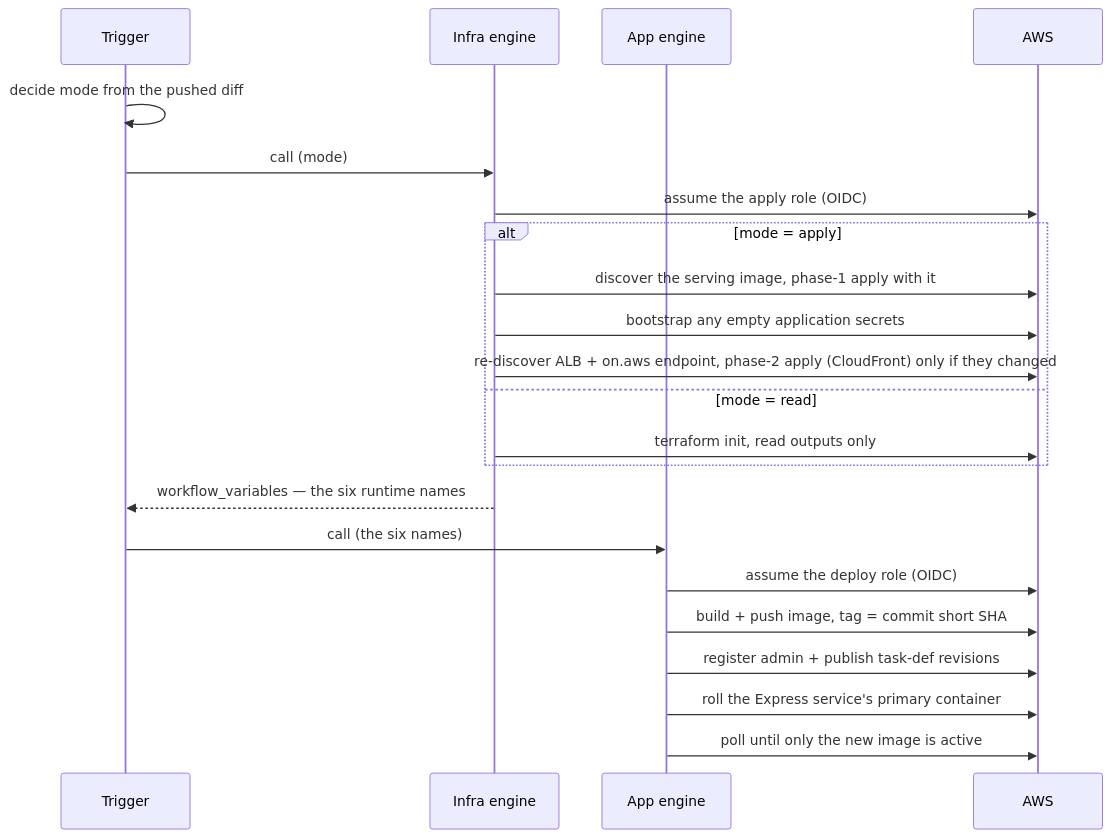
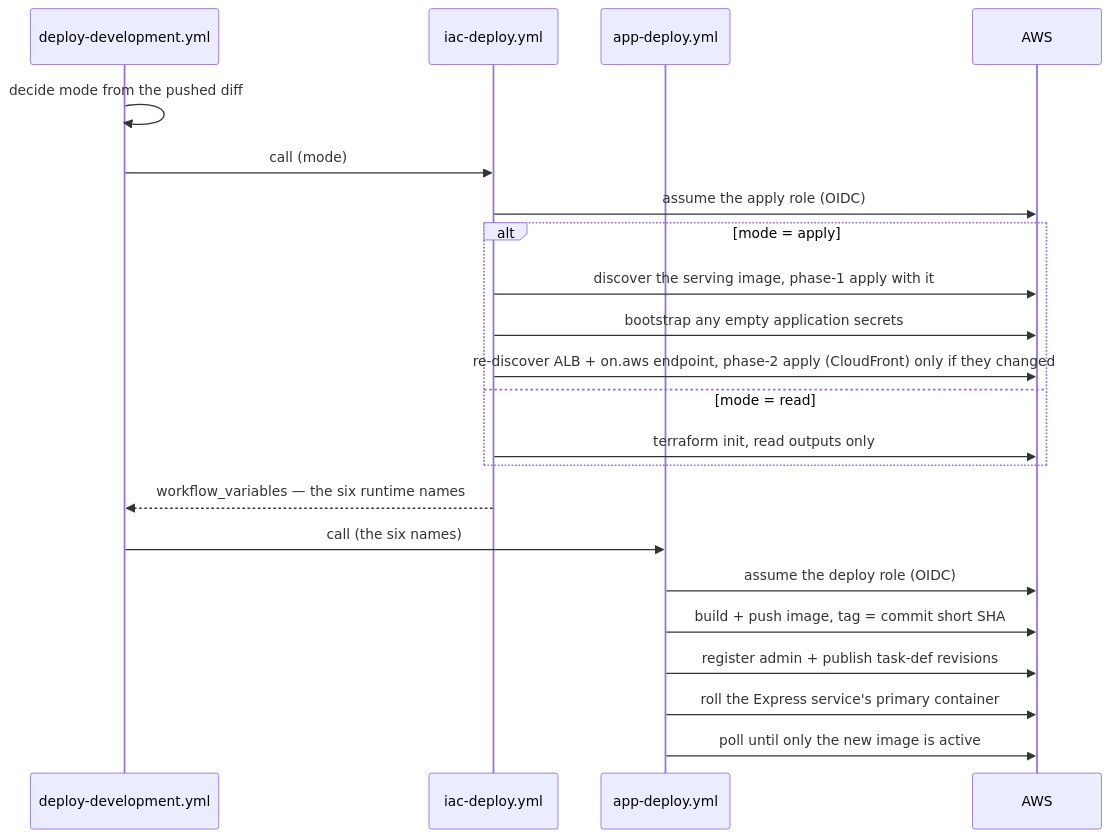
One commit to NASA-IMPACT/MMGIS changed the first of 2 diagrams in docs/infrastructure/pipelines.md. Above: the diagram before and after it, drawn with Mermaid. The commit also changed other lines of this file and 4 other files, not shown here.

````diff
--- a/docs/infrastructure/pipelines.md
+++ b/docs/infrastructure/pipelines.md
@@ -21,25 +39,25 @@
 ```mermaid
 sequenceDiagram
-    participant T as Trigger
-    participant I as Infra engine
-    participant A as App engine
+    participant T as deploy-development.yml
+    participant I as iac-deploy.yml
+    participant A as app-deploy.yml
     participant AWS as AWS
 
     T->>T: decide mode from the pushed diff
     T->>I: call (mode)
     I->>AWS: assume the apply role (OIDC)
     alt mode = apply
         I->>AWS: discover the serving image, phase-1 apply with it
         I->>AWS: bootstrap any empty application secrets
         I->>AWS: re-discover ALB + on.aws endpoint, phase-2 apply (CloudFront) only if they changed
     else mode = read
         I->>AWS: terraform init, read outputs only
     end
     I-->>T: workflow_variables — the six runtime names
     T->>A: call (the six names)
     A->>AWS: assume the deploy role (OIDC)
     A->>AWS: build + push image, tag = commit short SHA
     A->>AWS: register admin + publish task-def revisions
     A->>AWS: roll the Express service's primary container
     A->>AWS: poll until only the new image is active
 ```
````
